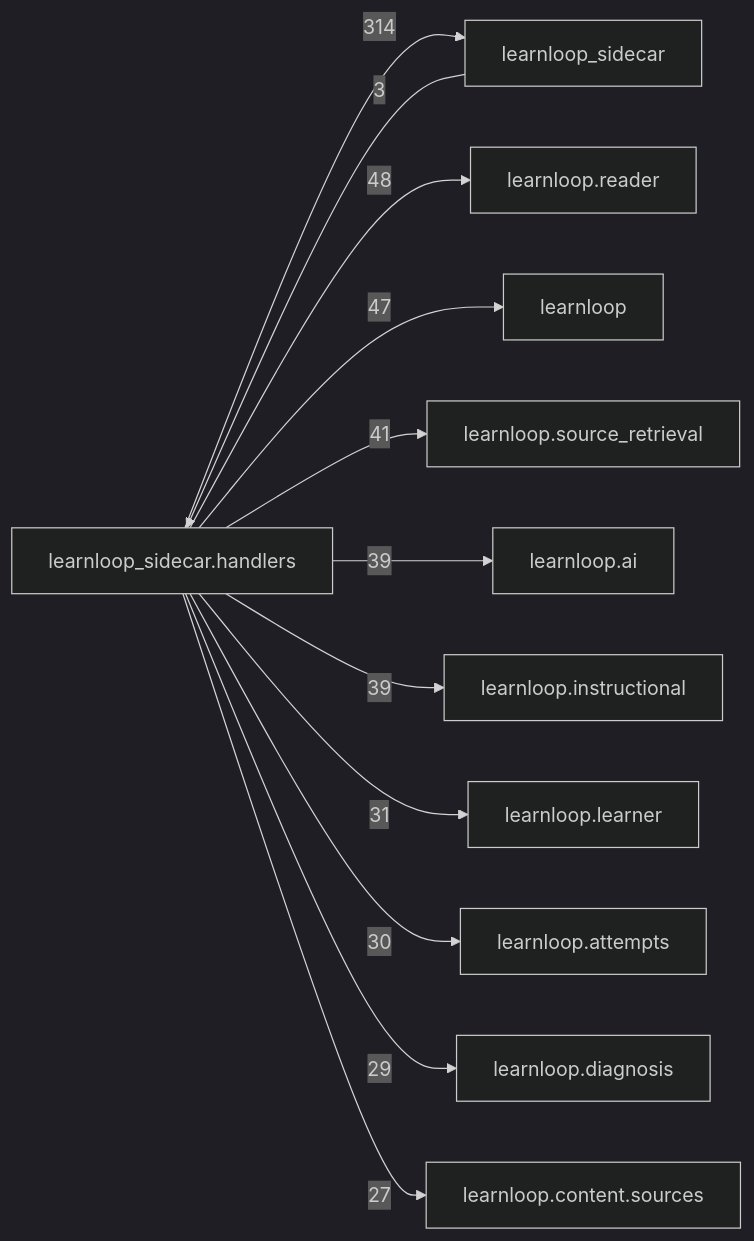
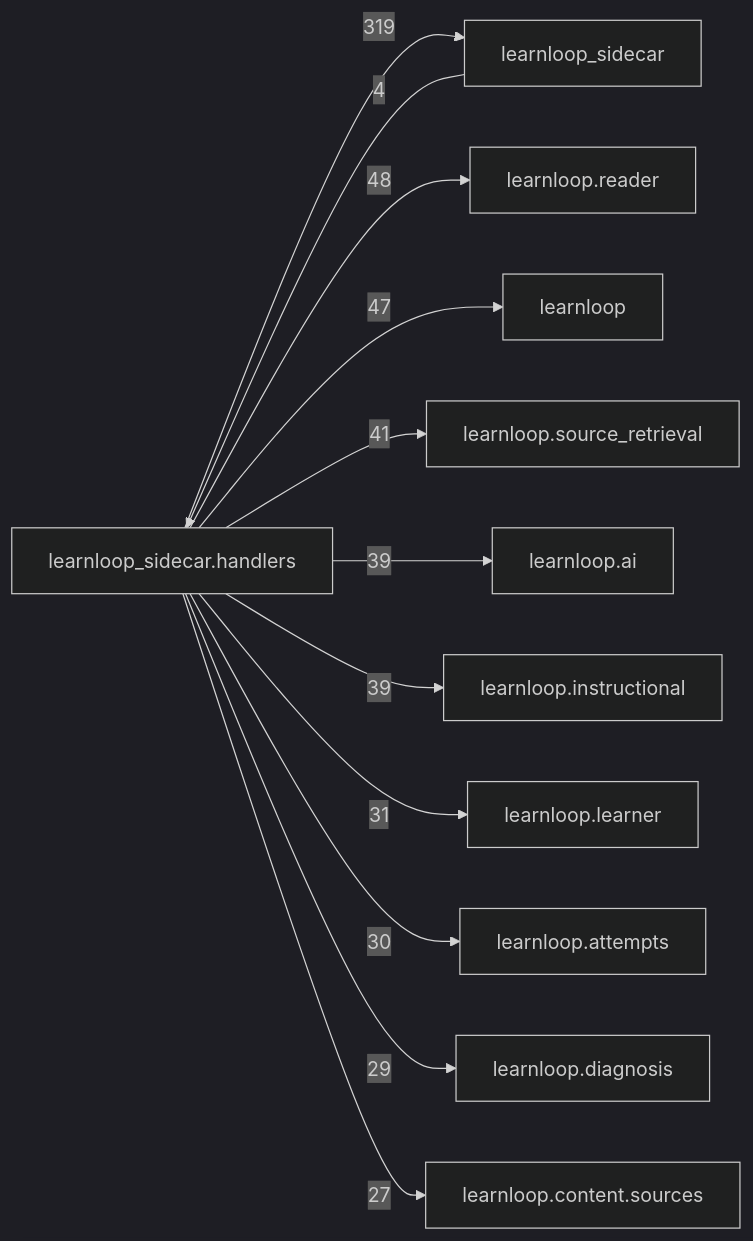
The diagram in docs/learnloop-architecture-vault/Reference/Modules/learnloop_sidecar/handlers/_package.md (6up-b/learnanything), drawn with Mermaid (dark theme) before and after one commit. The commit also changed other lines of this file and 601 other files, not shown here.

````diff
--- a/docs/learnloop-architecture-vault/Reference/Modules/learnloop_sidecar/handlers/_package.md
+++ b/docs/learnloop-architecture-vault/Reference/Modules/learnloop_sidecar/handlers/_package.md
@@ -261,25 +261,25 @@
 ```mermaid
 flowchart LR
     center["learnloop_sidecar.handlers"]
     n_learnloop_sidecar["learnloop_sidecar"]
     n_learnloop_reader["learnloop.reader"]
     n_learnloop["learnloop"]
     n_learnloop_source_retrieval["learnloop.source_retrieval"]
     n_learnloop_ai["learnloop.ai"]
     n_learnloop_instructional["learnloop.instructional"]
     n_learnloop_learner["learnloop.learner"]
     n_learnloop_attempts["learnloop.attempts"]
     n_learnloop_diagnosis["learnloop.diagnosis"]
     n_learnloop_content_sources["learnloop.content.sources"]
-    n_learnloop_sidecar -->|3| center
-    center -->|314| n_learnloop_sidecar
+    n_learnloop_sidecar -->|4| center
+    center -->|319| n_learnloop_sidecar
     center -->|48| n_learnloop_reader
     center -->|47| n_learnloop
     center -->|41| n_learnloop_source_retrieval
     center -->|39| n_learnloop_ai
     center -->|39| n_learnloop_instructional
     center -->|31| n_learnloop_learner
     center -->|30| n_learnloop_attempts
     center -->|29| n_learnloop_diagnosis
     center -->|27| n_learnloop_content_sources
 ```
````
